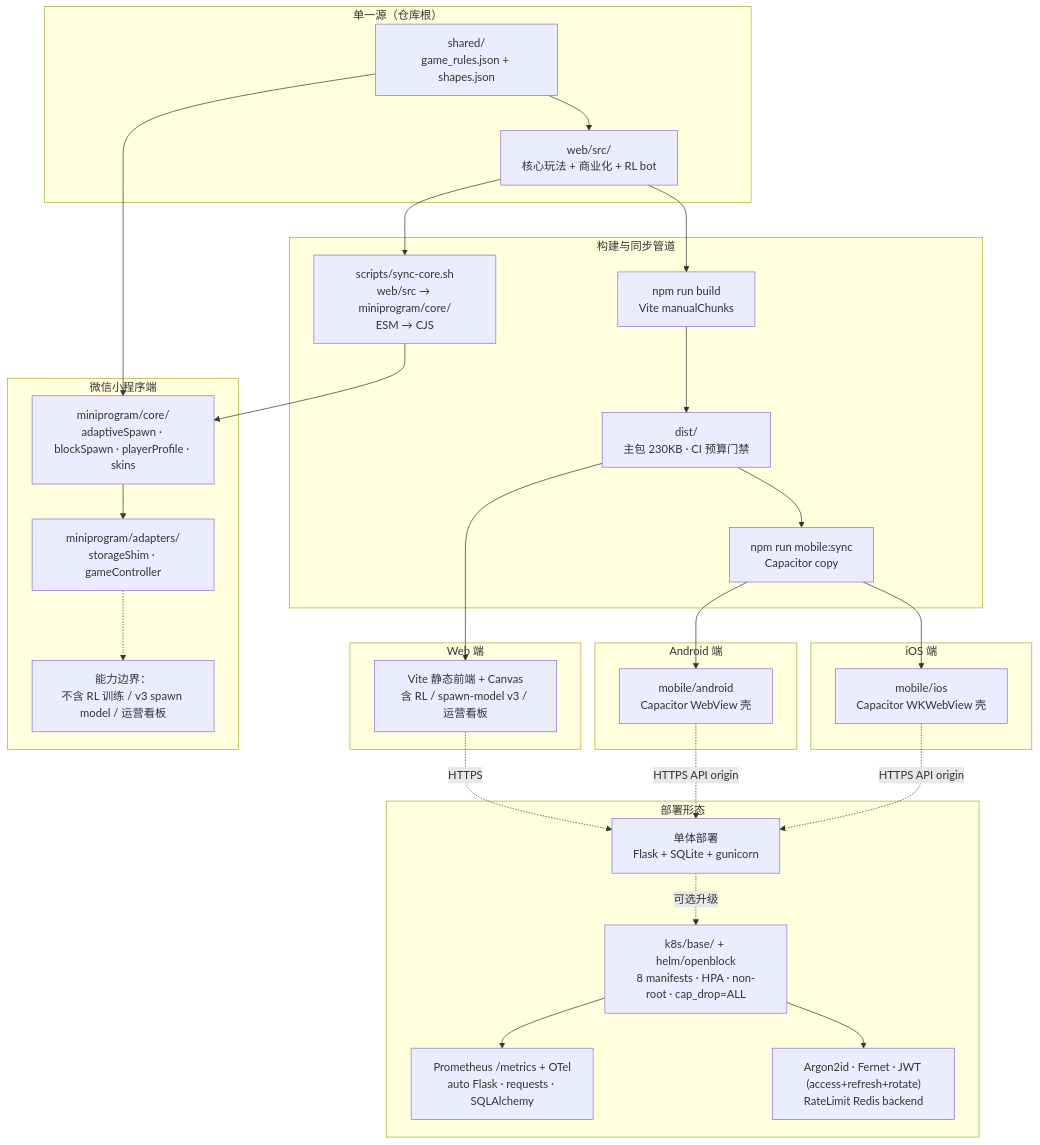
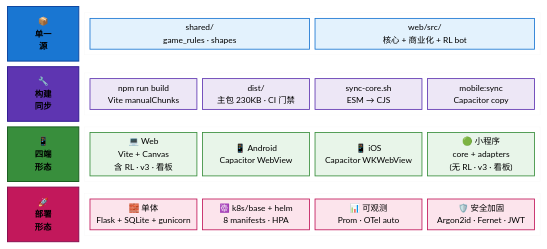
The tenth of 11 diagrams in docs/architecture/SYSTEM_ARCHITECTURE_DIAGRAMS.md (btbujiangjun/openblock), drawn with Mermaid before and after one commit. The commit also changed other lines of this file and 21 other files, not shown here.

First line of the commit message:
feat(docs,portal): 文档门户全栈升级 — 三视图架构图 + 全部紧凑化重写 + 渲染工具链

````diff
--- a/docs/architecture/SYSTEM_ARCHITECTURE_DIAGRAMS.md
+++ b/docs/architecture/SYSTEM_ARCHITECTURE_DIAGRAMS.md
@@ -421,57 +802,57 @@
 ```mermaid
-flowchart TB
-  subgraph sourceTruth["单一源（仓库根）"]
-    sharedDir["shared/<br/>game_rules.json + shapes.json"]
-    webSrc["web/src/<br/>核心玩法 + 商业化 + RL bot"]
+---
+config:
+  theme: base
+  themeVariables:
+    primaryColor: "#f8fafc"
+    primaryBorderColor: "#94a3b8"
+    primaryTextColor: "#0f172a"
+    fontSize: "12px"
+---
+block-beta
+  columns 7
+
+  STT["📦<br/>单一<br/>源"]:1
+  block:ST:6
+    columns 2
+    sharedDir["shared/<br/>game_rules · shapes"] webSrc["web/src/<br/>核心 + 商业化 + RL bot"]
   end
 
-  subgraph buildPipeline["构建与同步管道"]
-    viteBuild["npm run build<br/>Vite manualChunks"]
-    distDir["dist/<br/>主包 230KB · CI 预算门禁"]
-    syncCore["scripts/sync-core.sh<br/>web/src → miniprogram/core/<br/>ESM → CJS"]
-    mobileSync["npm run mobile:sync<br/>Capacitor copy"]
+  BPT["🔧<br/>构建<br/>同步"]:1
+  block:BP:6
+    columns 4
+    viteBuild["npm run build<br/>Vite manualChunks"] distDir["dist/<br/>主包 230KB · CI 门禁"] syncCore["sync-core.sh<br/>ESM → CJS"] mobileSync["mobile:sync<br/>Capacitor copy"]
   end
 
-  subgraph endWeb["Web 端"]
-    webApp["Vite 静态前端 + Canvas<br/>含 RL / spawn-model v3 / 运营看板"]
+  EPT["📱<br/>四端<br/>形态"]:1
+  block:EP:6
+    columns 4
+    webApp["💻 Web<br/>Vite + Canvas<br/>含 RL · v3 · 看板"] androidApp["📱 Android<br/>Capacitor WebView"] iosApp["📱 iOS<br/>Capacitor WKWebView"] miniBlock["🟢 小程序<br/>core + adapters<br/>(无 RL · v3 · 看板)"]
   end
 
-  subgraph endAndroid["Android 端"]
-    androidApp["mobile/android<br/>Capacitor WebView 壳"]
+  DPT["🚀<br/>部署<br/>形态"]:1
+  block:DP:6
+    columns 4
+    monoDeploy["🧱 单体<br/>Flask + SQLite + gunicorn"] k8sDeploy["☸️ k8s/base + helm<br/>8 manifests · HPA"] obs["📊 可观测<br/>Prom · OTel auto"] secHard["🛡️ 安全加固<br/>Argon2id · Fernet · JWT"]
   end
 
-  subgraph endIos["iOS 端"]
-    iosApp["mobile/ios<br/>Capacitor WKWebView 壳"]
-  end
+  classDef titleST fill:#1976d2,stroke:#0d47a1,color:#fff,stroke-width:1.4px,font-weight:bold
+  classDef titleBP fill:#5e35b1,stroke:#311b92,color:#fff,stroke-width:1.4px,font-weight:bold
+  classDef titleEP fill:#388e3c,stroke:#1b5e20,color:#fff,stroke-width:1.4px,font-weight:bold
+  classDef titleDP fill:#c2185b,stroke:#880e4f,color:#fff,stroke-width:1.4px,font-weight:bold
 
-  subgraph endMini["微信小程序端"]
-    miniCore["miniprogram/core/<br/>adaptiveSpawn · blockSpawn · playerProfile · skins"]
-    miniShim["miniprogram/adapters/<br/>storageShim · gameController"]
-    miniNote["能力边界：<br/>不含 RL 训练 / v3 spawn model / 运营看板"]
-  end
+  classDef stNode  fill:#e3f2fd,stroke:#1976d2,color:#0d47a1,stroke-width:1.2px
+  classDef bpNode  fill:#ede7f6,stroke:#5e35b1,color:#311b92,stroke-width:1.2px
+  classDef epNode  fill:#e8f5e9,stroke:#388e3c,color:#1b5e20,stroke-width:1.2px
+  classDef dpNode  fill:#fce4ec,stroke:#c2185b,color:#880e4f,stroke-width:1.2px
 
-  subgraph deploy["部署形态"]
-    monoDeploy["单体部署<br/>Flask + SQLite + gunicorn"]
-    k8sDeploy["k8s/base/ + helm/openblock<br/>8 manifests · HPA · non-root · cap_drop=ALL"]
-    obs["Prometheus /metrics + OTel<br/>auto Flask · requests · SQLAlchemy"]
-    secHard["Argon2id · Fernet · JWT (access+refresh+rotate)<br/>RateLimit Redis backend"]
-  end
+  class STT titleST
+  class BPT titleBP
+  class EPT titleEP
+  class DPT titleDP
 
-  sharedDir --> webSrc
-  webSrc --> viteBuild --> distDir
-  distDir --> webApp
-  distDir --> mobileSync
-  mobileSync --> androidApp
-  mobileSync --> iosApp
-  webSrc --> syncCore --> miniCore
-  sharedDir --> miniCore
-  miniCore --> miniShim
-  miniShim -.-> miniNote
-
-  webApp -.->|HTTPS| monoDeploy
-  androidApp -.->|HTTPS API origin| monoDeploy
-  iosApp -.->|HTTPS API origin| monoDeploy
-  monoDeploy -.->|可选升级| k8sDeploy
-  k8sDeploy --> obs
-  k8sDeploy --> secHard
+  class sharedDir,webSrc stNode
+  class viteBuild,distDir,syncCore,mobileSync bpNode
+  class webApp,androidApp,iosApp,miniBlock epNode
+  class monoDeploy,k8sDeploy,obs,secHard dpNode
 ```
````
